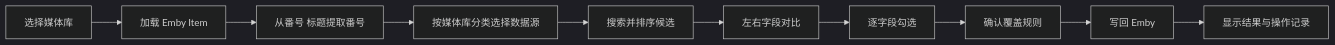
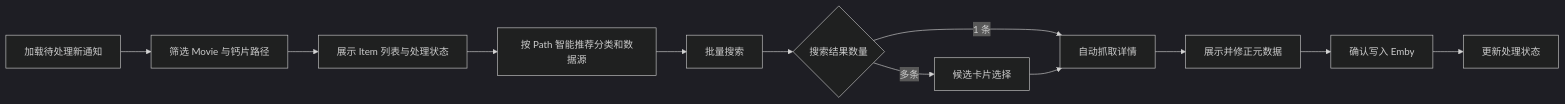
Before and after one commit to NogiRuka/telegram-bot-template-donBarbos: the first of 2 diagrams in docs/gv-data-capture/web页面设计.md, drawn with Mermaid. The commit also changed other lines of this file and 1 other file, not shown here.

````diff
--- a/docs/gv-data-capture/web页面设计.md
+++ b/docs/gv-data-capture/web页面设计.md
@@ -13,13 +13,15 @@
 ```mermaid
 %%{init: {"theme": "dark"}}%%
 flowchart LR
-    A[选择媒体库] --> B[加载 Emby Item]
-    B --> C[从番号 标题提取番号]
-    C --> D[按媒体库分类选择数据源]
-    D --> E[搜索并排序候选]
-    E --> F[左右字段对比]
-    F --> G[逐字段勾选]
-    G --> H[确认覆盖规则]
-    H --> I[写回 Emby]
-    I --> J[显示结果与操作记录]
+    A[加载待处理新通知] --> B[筛选 Movie 与钙片路径]
+    B --> C[展示 Item 列表与处理状态]
+    C --> D[按 Path 智能推荐分类和数据源]
+    D --> E[批量搜索]
+    E --> F{搜索结果数量}
+    F -->|1 条| G[自动抓取详情]
+    F -->|多条| H[候选卡片选择]
+    H --> G
+    G --> I[展示并修正元数据]
+    I --> J[确认写入 Emby]
+    J --> K[更新处理状态]
 ```
````
